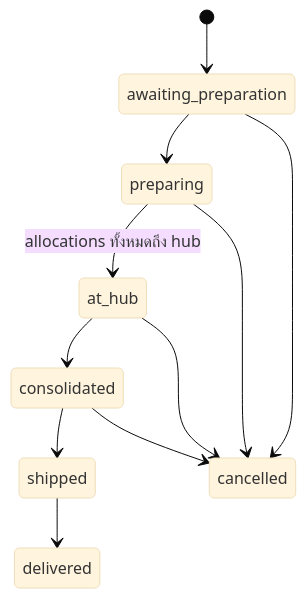
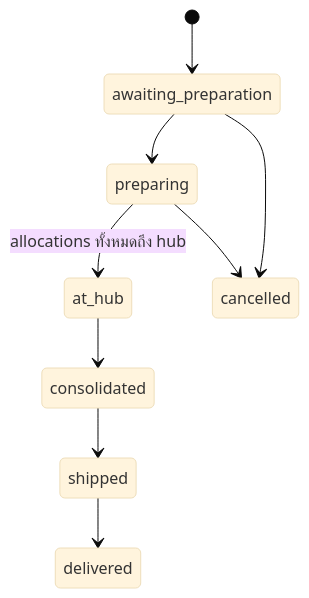
Before and after one commit to MIXThanakorn/locomall: the fourth of 4 diagrams in README.md, drawn with Mermaid (base theme). The commit also changed other lines of this file and 22 other files, not shown here.

````diff
--- a/README.md
+++ b/README.md
@@ -202,13 +202,11 @@
 ```mermaid
 stateDiagram-v2
     [*] --> awaiting_preparation
     awaiting_preparation --> preparing
     preparing --> at_hub: allocations ทั้งหมดถึง hub
     at_hub --> consolidated
     consolidated --> shipped
     shipped --> delivered
     awaiting_preparation --> cancelled
     preparing --> cancelled
-    at_hub --> cancelled
-    consolidated --> cancelled
 ```
````
